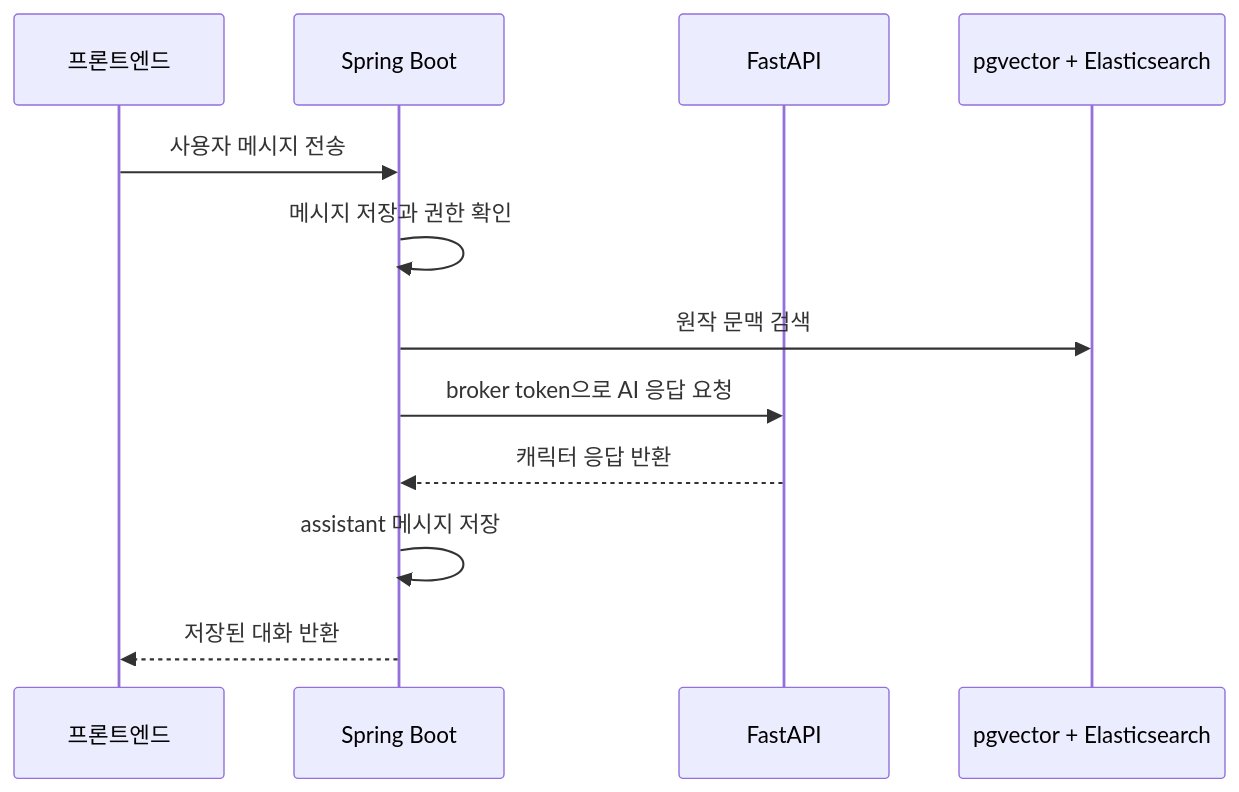
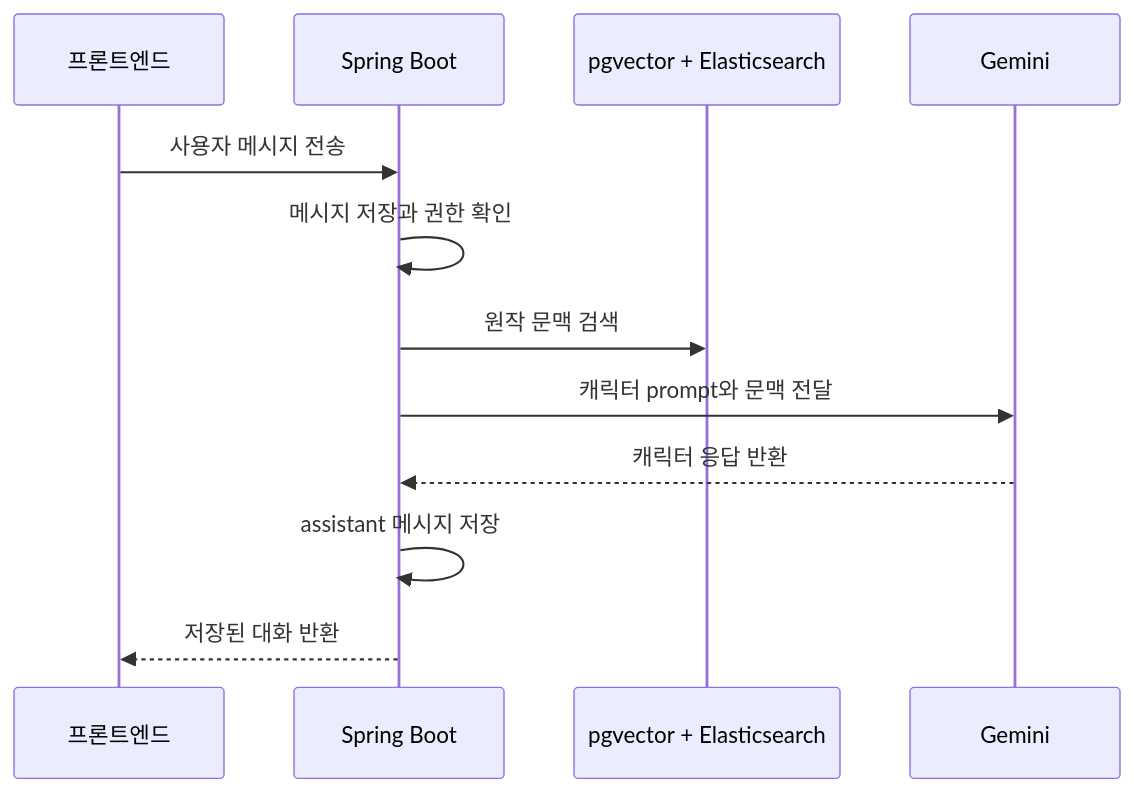
Before and after one commit to SideProjectSFY/gajiBE: the second of 4 diagrams in README.md, drawn with Mermaid. The commit also changed other lines of this file and 1 other file, not shown here.

````diff
--- a/README.md
+++ b/README.md
@@ -115,14 +111,14 @@
 ```mermaid
 sequenceDiagram
     participant FE as 프론트엔드
     participant API as Spring Boot
-    participant AI as FastAPI
     participant RAG as pgvector + Elasticsearch
+    participant LLM as Gemini
     FE->>API: 사용자 메시지 전송
     API->>API: 메시지 저장과 권한 확인
     API->>RAG: 원작 문맥 검색
-    API->>AI: broker token으로 AI 응답 요청
-    AI-->>API: 캐릭터 응답 반환
+    API->>LLM: 캐릭터 prompt와 문맥 전달
+    LLM-->>API: 캐릭터 응답 반환
     API->>API: assistant 메시지 저장
     API-->>FE: 저장된 대화 반환
 ```
````
